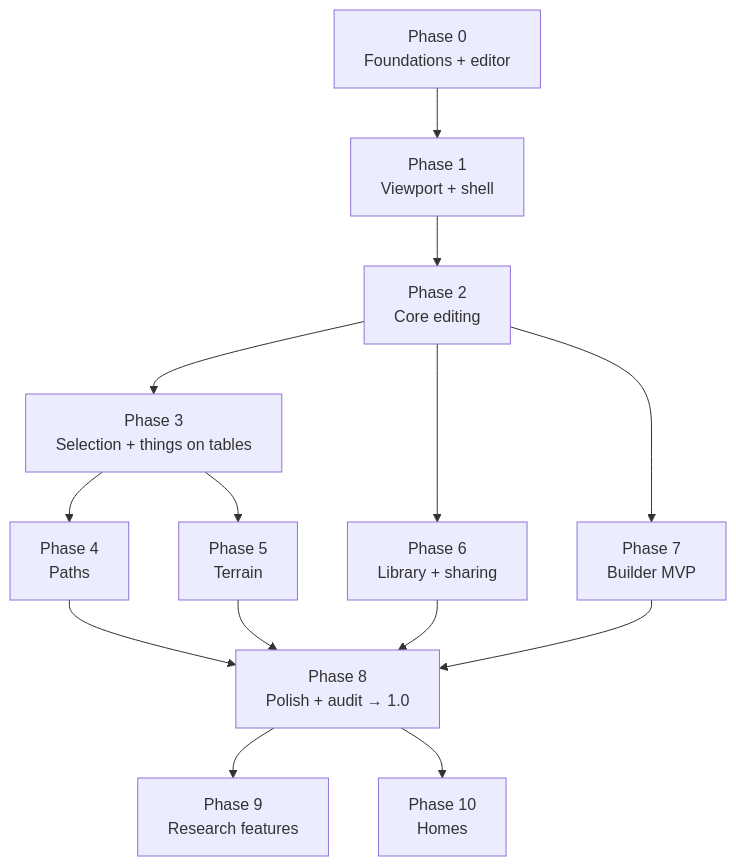
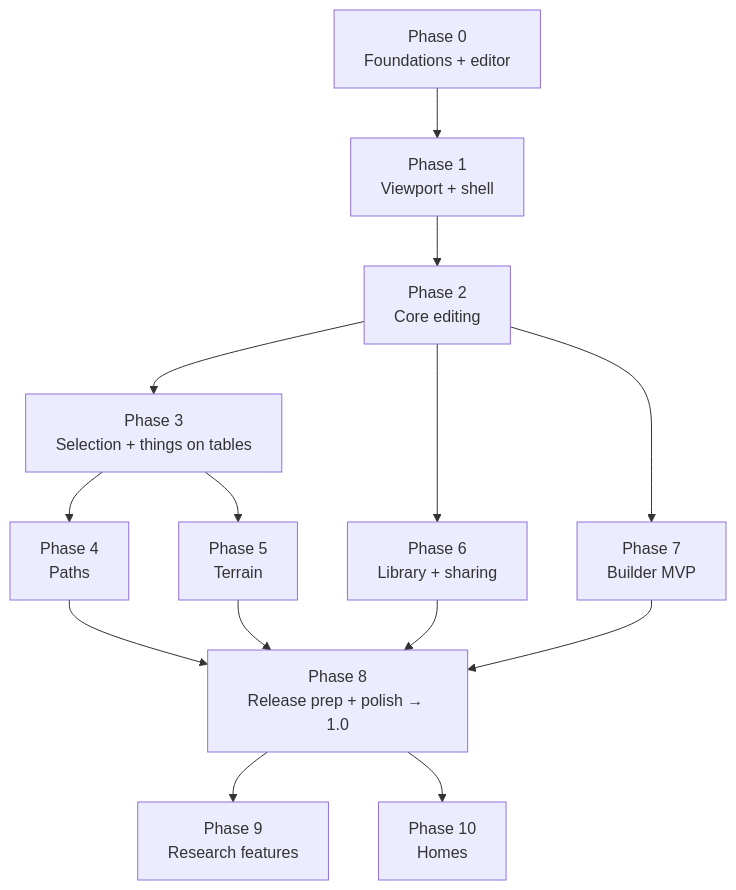
The diagram in docs/roadmap.md (UmushiUmushi/Glade), drawn with Mermaid before and after one commit. The commit also changed other lines of this file and 1 other file, not shown here.

Commit message:
Move Docker, deploy and rollback to release prep

````diff
--- a/docs/roadmap.md
+++ b/docs/roadmap.md
@@ -8,13 +8,13 @@
 ```mermaid
 flowchart TB
     P0["Phase 0<br/>Foundations + editor"] --> P1["Phase 1<br/>Viewport + shell"]
     P1 --> P2["Phase 2<br/>Core editing"]
     P2 --> P3["Phase 3<br/>Selection + things on tables"]
     P3 --> P4["Phase 4<br/>Paths"]
     P3 --> P5["Phase 5<br/>Terrain"]
     P2 --> P6["Phase 6<br/>Library + sharing"]
     P2 --> P7["Phase 7<br/>Builder MVP"]
-    P4 & P5 & P6 & P7 --> P8["Phase 8<br/>Polish + audit → 1.0"]
+    P4 & P5 & P6 & P7 --> P8["Phase 8<br/>Release prep + polish → 1.0"]
     P8 --> P9["Phase 9<br/>Research features"]
     P8 --> P10["Phase 10<br/>Homes"]
 ```
````
